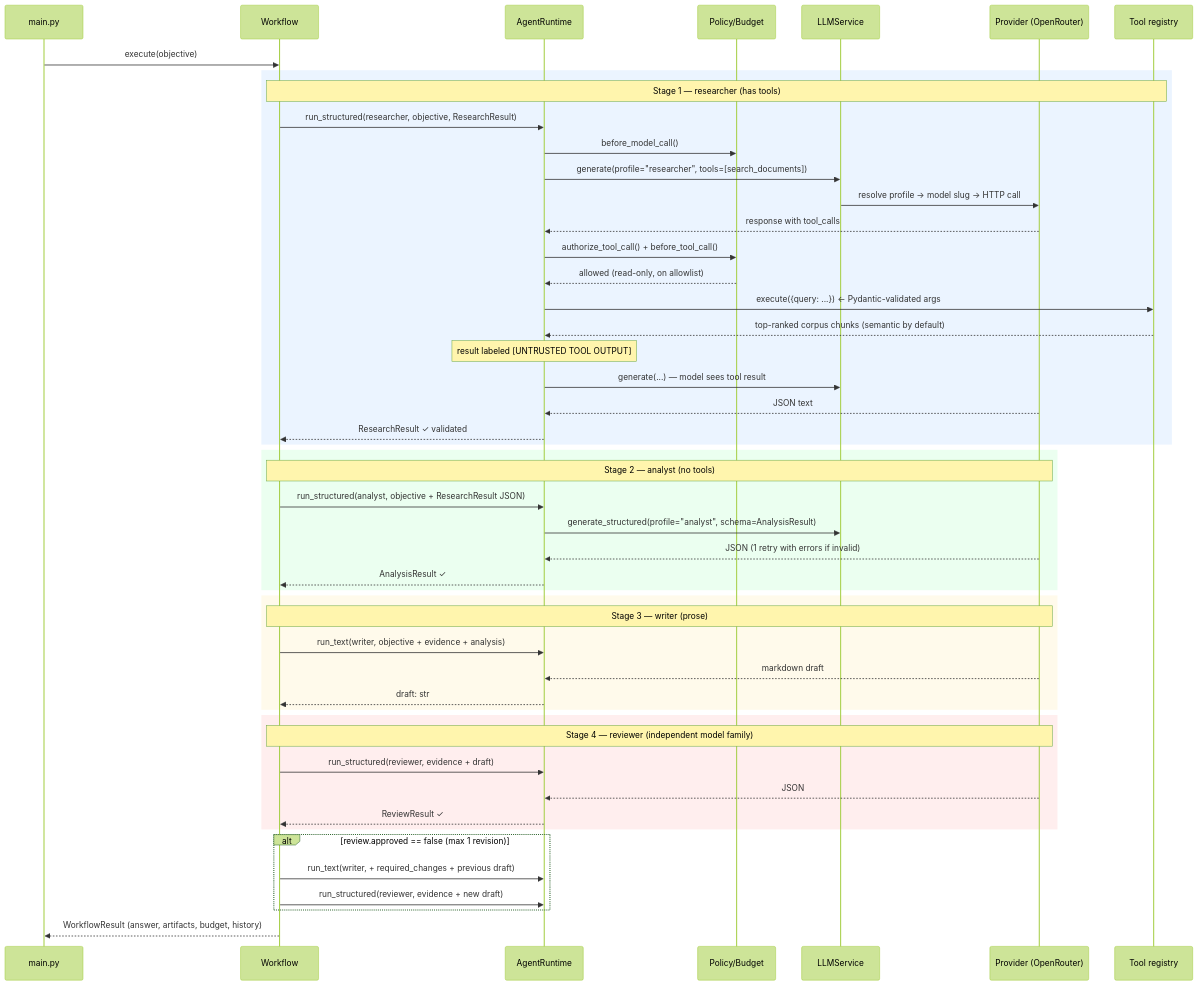
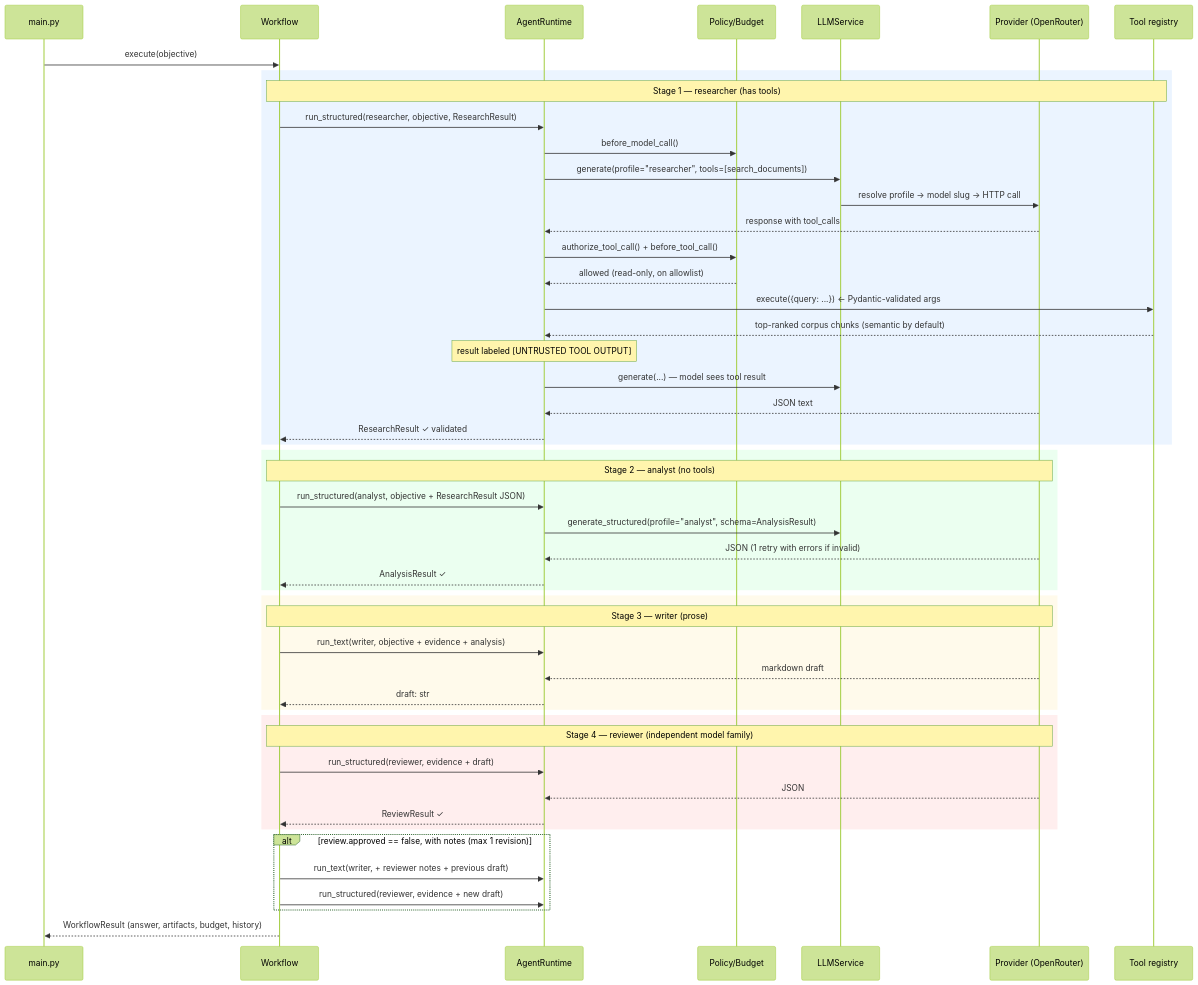
The third of 3 diagrams in README.md (KJWesthoff/AIgentlab), drawn with Mermaid (forest theme) before and after one commit. The commit also changed other lines of this file and 3 other files, not shown here.

````diff
--- a/README.md
+++ b/README.md
@@ -363,58 +363,58 @@
 ```mermaid
 sequenceDiagram
     participant U as main.py
     participant W as Workflow
     participant R as AgentRuntime
     participant P as Policy/Budget
     participant S as LLMService
     participant O as Provider (OpenRouter)
     participant T as Tool registry
 
     U->>W: execute(objective)
 
     rect rgb(235, 244, 255)
     note over W,T: Stage 1 — researcher (has tools)
     W->>R: run_structured(researcher, objective, ResearchResult)
     R->>P: before_model_call()
     R->>S: generate(profile="researcher", tools=[search_documents])
     S->>O: resolve profile → model slug → HTTP call
     O-->>R: response with tool_calls
     R->>P: authorize_tool_call() + before_tool_call()
     P-->>R: allowed (read-only, on allowlist)
     R->>T: execute({query: ...})  ← Pydantic-validated args
     T-->>R: top-ranked corpus chunks (semantic by default)
     note over R: result labeled [UNTRUSTED TOOL OUTPUT]
     R->>S: generate(...) — model sees tool result
     O-->>R: JSON text
     R-->>W: ResearchResult ✓ validated
     end
 
     rect rgb(235, 255, 240)
     note over W,O: Stage 2 — analyst (no tools)
     W->>R: run_structured(analyst, objective + ResearchResult JSON)
     R->>S: generate_structured(profile="analyst", schema=AnalysisResult)
     O-->>R: JSON (1 retry with errors if invalid)
     R-->>W: AnalysisResult ✓
     end
 
     rect rgb(255, 250, 235)
     note over W,O: Stage 3 — writer (prose)
     W->>R: run_text(writer, objective + evidence + analysis)
     O-->>R: markdown draft
     R-->>W: draft: str
     end
 
     rect rgb(255, 238, 238)
     note over W,O: Stage 4 — reviewer (independent model family)
     W->>R: run_structured(reviewer, evidence + draft)
     O-->>R: JSON
     R-->>W: ReviewResult ✓
     end
 
-    alt review.approved == false (max 1 revision)
-        W->>R: run_text(writer, + required_changes + previous draft)
+    alt review.approved == false, with notes (max 1 revision)
+        W->>R: run_text(writer, + reviewer notes + previous draft)
         W->>R: run_structured(reviewer, evidence + new draft)
     end
 
     W-->>U: WorkflowResult (answer, artifacts, budget, history)
 ```
````
